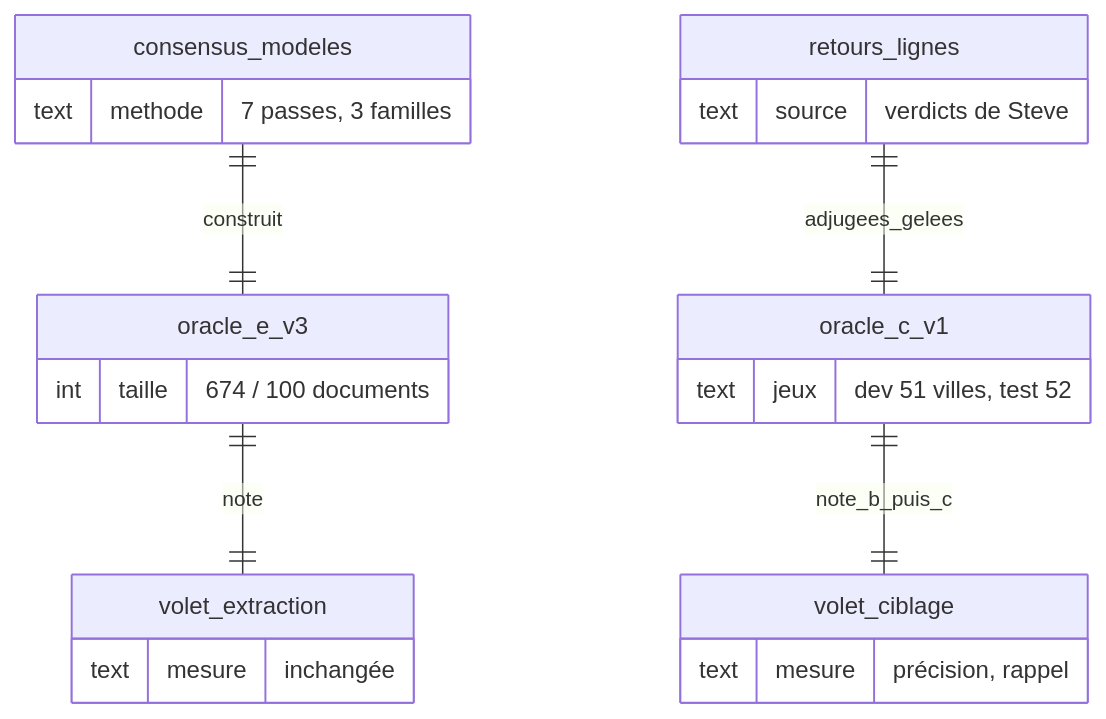
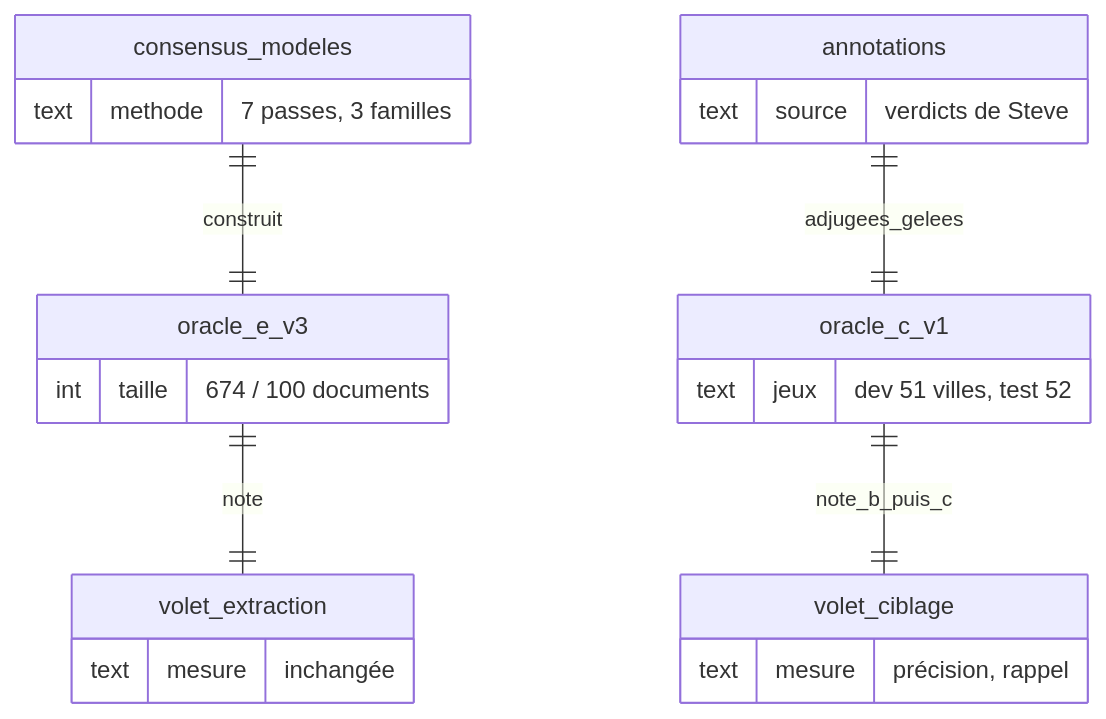
Before and after one commit to rhanka/radar-immobilier: diagram 14 of 20 in docs/spec/reports/dossier-retours-steve/DOSSIER_DECISION_RETOURS_STEVE_2026-10-03.md, drawn with Mermaid. The commit also changed other lines of this file and 41 other files, not shown here.

First line of the commit message:
docs(dossier-steve): architecture des données, annotations vivantes, D1 actée par l'owner

````diff
--- a/docs/spec/reports/dossier-retours-steve/DOSSIER_DECISION_RETOURS_STEVE_2026-10-03.md
+++ b/docs/spec/reports/dossier-retours-steve/DOSSIER_DECISION_RETOURS_STEVE_2026-10-03.md
@@ -1168,25 +1265,25 @@
 ```mermaid
 erDiagram
     consensus_modeles ||--|| oracle_e_v3 : construit
-    retours_lignes ||--|| oracle_c_v1 : adjugees_gelees
+    annotations ||--|| oracle_c_v1 : adjugees_gelees
     oracle_e_v3 ||--|| volet_extraction : note
     oracle_c_v1 ||--|| volet_ciblage : note_b_puis_c
     consensus_modeles {
       text methode "7 passes, 3 familles"
     }
-    retours_lignes {
+    annotations {
       text source "verdicts de Steve"
     }
     oracle_e_v3 {
       int taille "674 / 100 documents"
     }
     oracle_c_v1 {
       text jeux "dev 51 villes, test 52"
     }
     volet_extraction {
       text mesure "inchangée"
     }
     volet_ciblage {
       text mesure "précision, rappel"
     }
 ```
````
